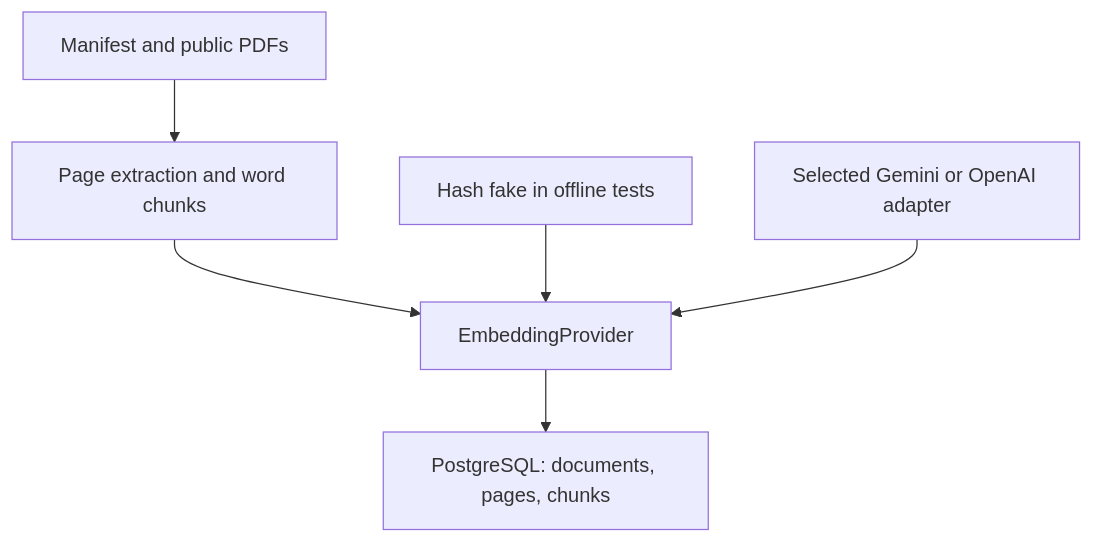
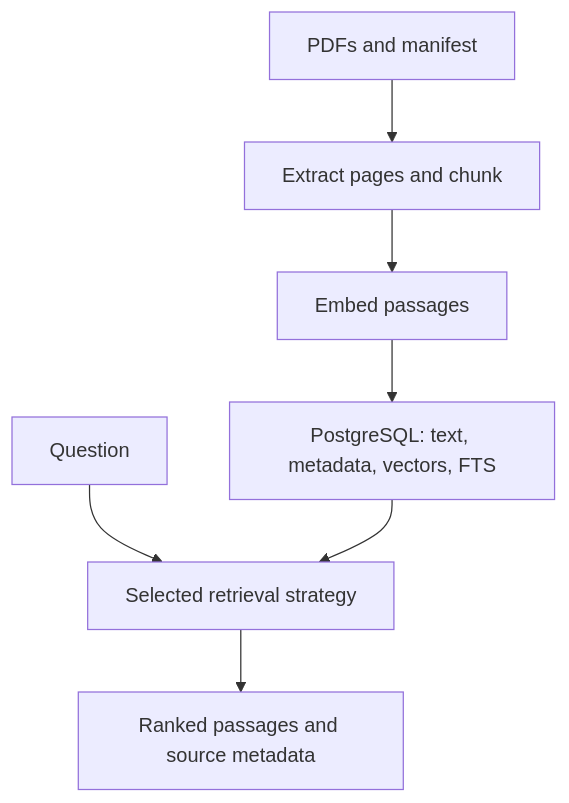
Before and after one commit to garvj65/cite-rag: the diagram in README.md, drawn with Mermaid. The commit also changed other lines of this file and 30 other files, not shown here.

````diff
--- a/README.md
+++ b/README.md
@@ -117,8 +188,9 @@
 ```mermaid
 flowchart TD
-    A["Manifest and public PDFs"] --> B["Page extraction and word chunks"]
-    B --> C["EmbeddingProvider"]
-    C --> D["PostgreSQL: documents, pages, chunks"]
-    E["Hash fake in offline tests"] --> C
-    F["Selected Gemini or OpenAI adapter"] --> C
+    P["PDFs and manifest"] --> I["Extract pages and chunk"]
+    I --> E["Embed passages"]
+    E --> D["PostgreSQL: text, metadata, vectors, FTS"]
+    Q["Question"] --> S["Selected retrieval strategy"]
+    D --> S
+    S --> R["Ranked passages and source metadata"]
 ```
````
